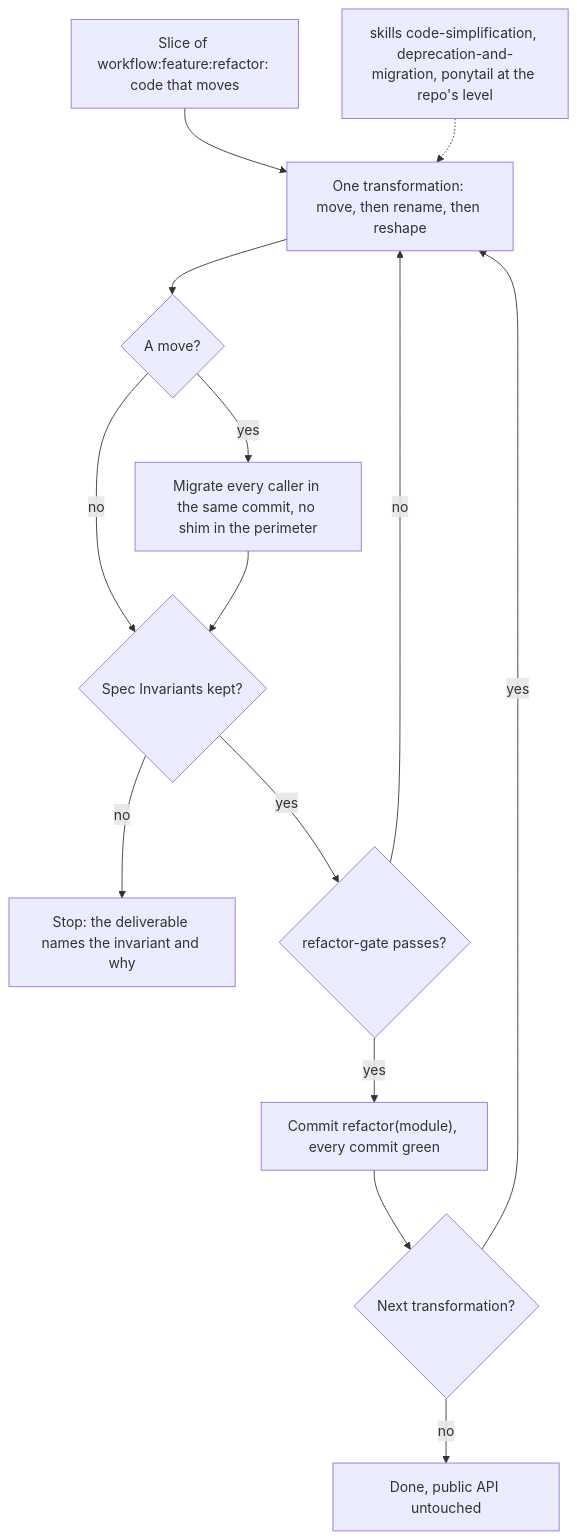
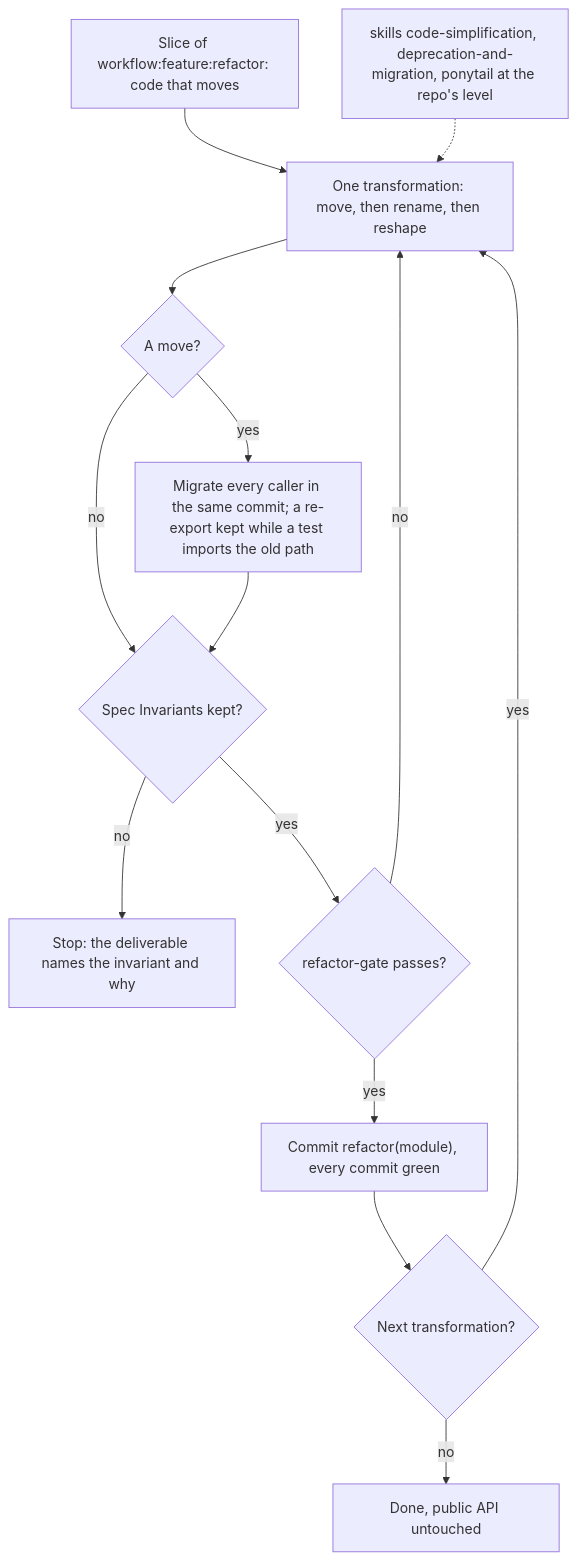
One commit to nicolasmondain/adorno changed the second of 2 diagrams in src/agents/refactor/SCHEMA.md. Above: the diagram before and after it, drawn with Mermaid. The commit also changed 8 other files, not shown here.

First line of the commit message:
fix(workflows): keep a re-export while a test imports moved code

````diff
--- a/src/agents/refactor/SCHEMA.md
+++ b/src/agents/refactor/SCHEMA.md
@@ -27,16 +27,16 @@
 ```mermaid
 flowchart TD
   IN["Slice of workflow:feature:refactor: code that moves"] --> TR["One transformation: move, then rename, then reshape"]
   TR --> MV{"A move?"}
-  MV -->|"yes"| CL["Migrate every caller in the same commit, no shim in the perimeter"]
+  MV -->|"yes"| CL["Migrate every caller in the same commit; a re-export kept while a test imports the old path"]
   MV -->|"no"| IV
   CL --> IV{"Spec Invariants kept?"}
   IV -->|"no"| SP["Stop: the deliverable names the invariant and why"]
   IV -->|"yes"| G{"refactor-gate passes?"}
   G -->|"no"| TR
   G -->|"yes"| CM["Commit refactor(module), every commit green"]
   CM --> NX{"Next transformation?"}
   NX -->|"yes"| TR
   NX -->|"no"| OUT["Done, public API untouched"]
   SK["skills code-simplification, deprecation-and-migration, ponytail at the repo's level"] -.-> TR
 ```
````
